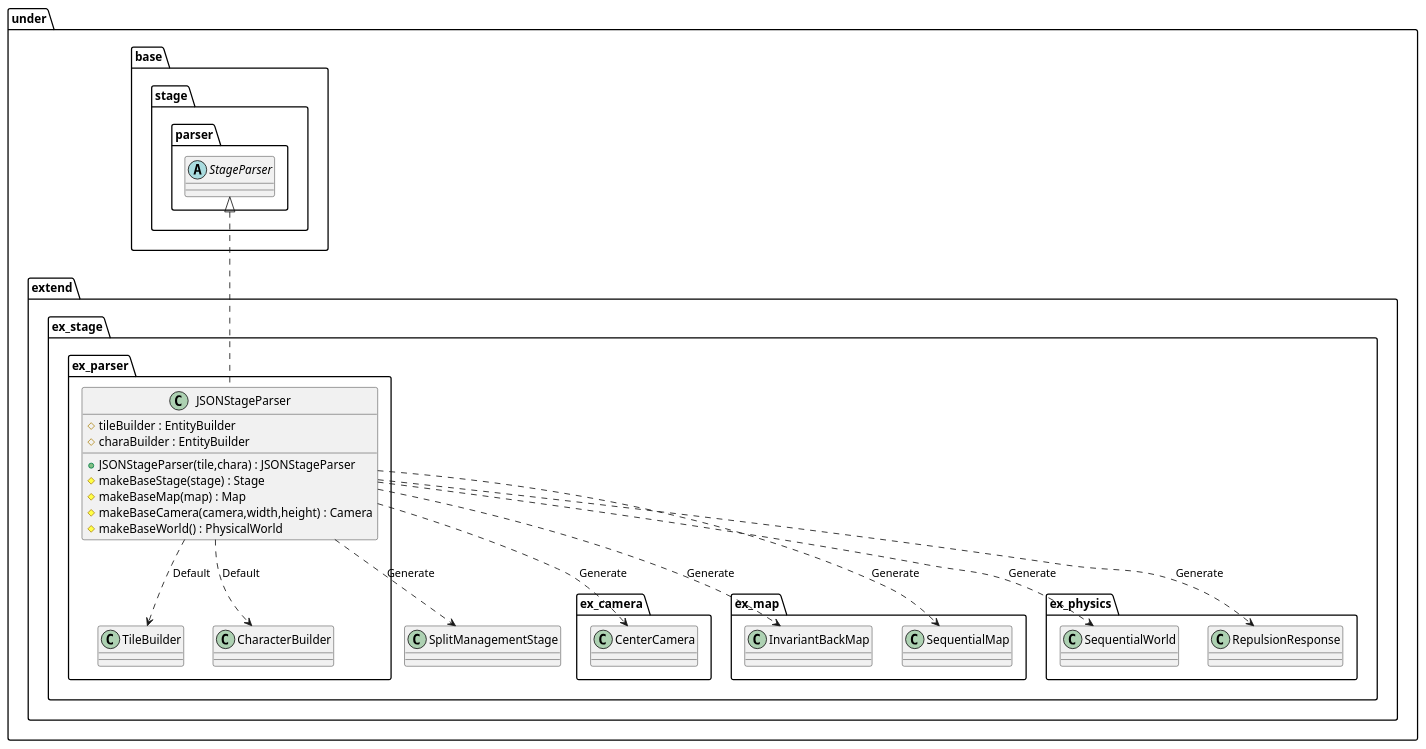
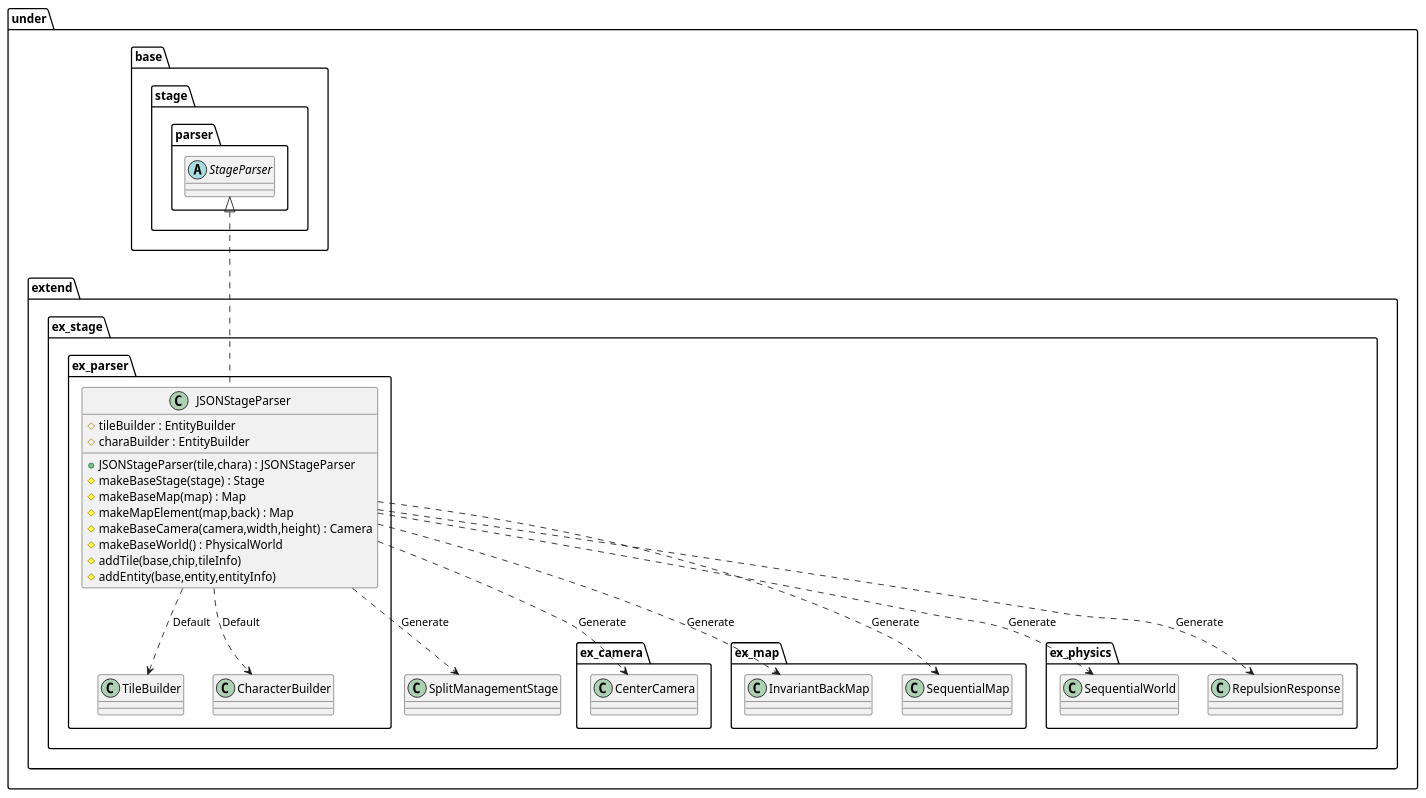
The diagram in uml/parser/JSON.wsd (Expine/Under), drawn with PlantUML before and after one commit. The commit also changed 15 other files, not shown here.

```diff
--- a/uml/parser/JSON.wsd
+++ b/uml/parser/JSON.wsd
@@ -1,64 +1,67 @@
 @startuml ParserJSON
 
 package under {
     package extend {
         package ex_stage {
             package ex_parser {
                 class JSONStageParser {
                     +JSONStageParser(tile,chara) : JSONStageParser
                     #tileBuilder : EntityBuilder
                     #charaBuilder : EntityBuilder
                     #makeBaseStage(stage) : Stage
                     #makeBaseMap(map) : Map
+                    #makeMapElement(map,back) : Map
                     #makeBaseCamera(camera,width,height) : Camera
                     #makeBaseWorld() : PhysicalWorld
+                    #addTile(base,chip,tileInfo)
+                    #addEntity(base,entity,entityInfo)
                 }
             }
         }
     }
 }
 
 package under {
     package base {
         package stage {
             package parser {
                 abstract StageParser
             }
         }
     }
     package extend {
         package ex_stage {
             class SplitManagementStage
             package ex_parser {
                 class TileBuilder
                 class CharacterBuilder
             }
             package ex_camera {
                 class CenterCamera
             }
             package ex_map {
                 class InvariantBackMap
                 class SequentialMap
             }
             package ex_physics {
                 class SequentialWorld
                 class RepulsionResponse
             }
         }
 
     }
 }
 
 JSONStageParser ..> SplitManagementStage : Generate
 JSONStageParser ..> CenterCamera : Generate
 JSONStageParser ..> SequentialMap : Generate
 JSONStageParser ..> InvariantBackMap : Generate
 JSONStageParser ..> SequentialWorld : Generate
 JSONStageParser ..> RepulsionResponse : Generate
 
 JSONStageParser ..> TileBuilder : "Default"
 JSONStageParser ..> CharacterBuilder : "Default"
 
 StageParser <|.. JSONStageParser
 
 @enduml
```
